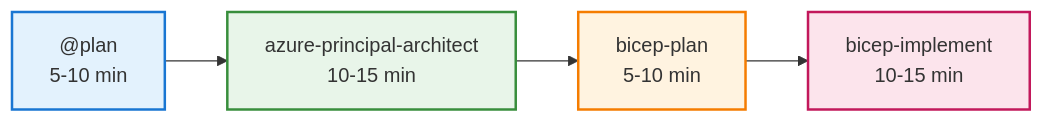
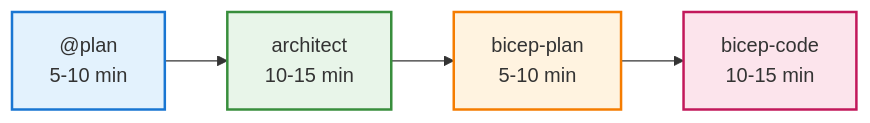
One commit to SmitaCnovate/azure-agentic-infraops changed the diagram in docs/_superseded/presenter/visual-elements-guide.md. Above: the diagram before and after it, drawn with Mermaid. The commit also changed other lines of this file and 102 other files, not shown here.

````diff
--- a/docs/_superseded/presenter/visual-elements-guide.md
+++ b/docs/_superseded/presenter/visual-elements-guide.md
@@ -51,11 +51,11 @@
 ```mermaid
 flowchart LR
-    A["@plan<br/>5-10 min"] --> B["azure-principal-architect<br/>10-15 min"]
+    A["@plan<br/>5-10 min"] --> B["architect<br/>10-15 min"]
     B --> C["bicep-plan<br/>5-10 min"]
-    C --> D["bicep-implement<br/>10-15 min"]
+    C --> D["bicep-code<br/>10-15 min"]
 
     style A fill:#e3f2fd,stroke:#1976d2,stroke-width:2px
     style B fill:#e8f5e9,stroke:#388e3c,stroke-width:2px
     style C fill:#fff3e0,stroke:#f57c00,stroke-width:2px
     style D fill:#fce4ec,stroke:#c2185b,stroke-width:2px
 ```
````
